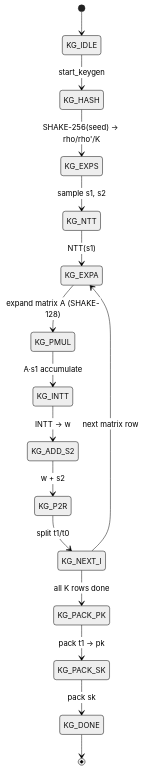
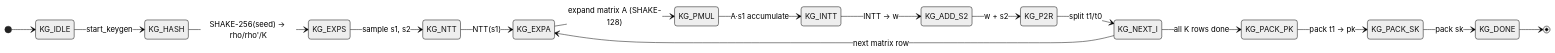
The first of 3 diagrams in README.md (abhinavsasivala02-git/mldsa65-hardware), drawn with Mermaid (neutral theme) before and after one commit. The commit also changed other lines of this file, not shown here.

Commit message:
README: render FSM diagrams horizontally (direction LR)

````diff
--- a/README.md
+++ b/README.md
@@ -57,18 +57,19 @@
 ```mermaid
 stateDiagram-v2
+    direction LR
     [*] --> KG_IDLE
     KG_IDLE --> KG_HASH : start_keygen
     KG_HASH --> KG_EXPS : SHAKE-256(seed) -> rho/rho'/K
     KG_EXPS --> KG_NTT : sample s1, s2
     KG_NTT --> KG_EXPA : NTT(s1)
     KG_EXPA --> KG_PMUL : expand matrix A (SHAKE-128)
     KG_PMUL --> KG_INTT : A·s1 accumulate
     KG_INTT --> KG_ADD_S2 : INTT -> w
     KG_ADD_S2 --> KG_P2R : w + s2
     KG_P2R --> KG_NEXT_I : split t1/t0
     KG_NEXT_I --> KG_EXPA : next matrix row
     KG_NEXT_I --> KG_PACK_PK : all K rows done
     KG_PACK_PK --> KG_PACK_SK : pack t1 -> pk
     KG_PACK_SK --> KG_DONE : pack sk
     KG_DONE --> [*]
 ```
````
